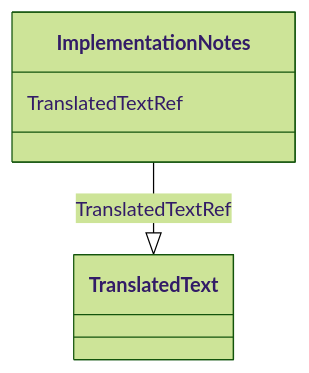
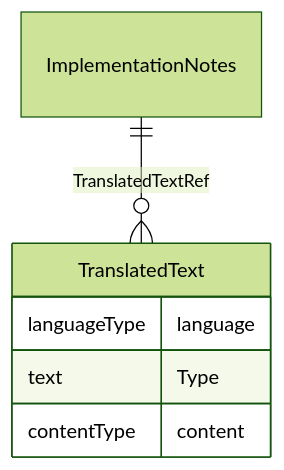
Before and after one commit to cdisc-org/DataExchange-ODM-LinkML: the diagram in docs/ImplementationNotes.md, drawn with Mermaid (forest theme). The commit also changed other lines of this file and 181 other files, not shown here.

Commit message:
ER diagrams working via templates and removing names with underscores

````diff
--- a/docs/ImplementationNotes.md
+++ b/docs/ImplementationNotes.md
@@ -14,9 +11,14 @@
 ```mermaid
- classDiagram
-    class ImplementationNotes
-      ImplementationNotes : TranslatedTextRef
-        
-          ImplementationNotes --|> TranslatedText : TranslatedTextRef
-        
-      
+erDiagram
+ImplementationNotes {
+
+}
+TranslatedText {
+    languageType language  
+    text Type  
+    contentType content  
+}
+
+ImplementationNotes ||--}o TranslatedText : "TranslatedTextRef"
+
 ```
````
